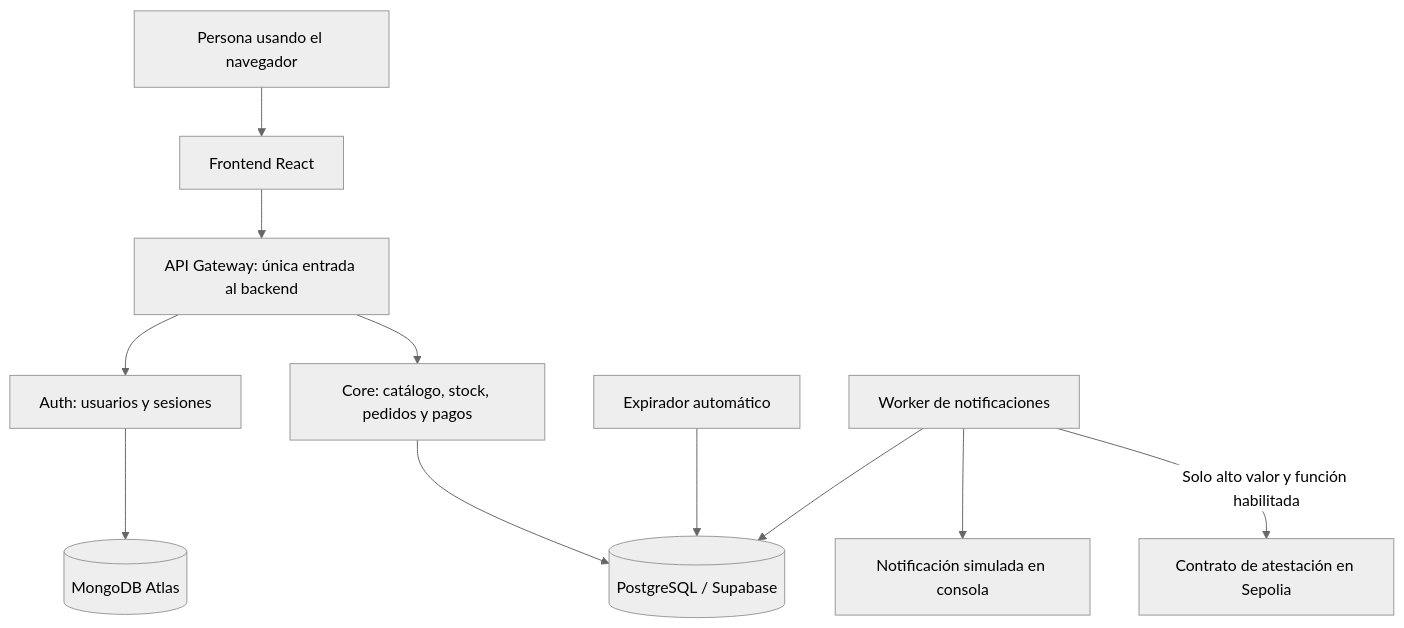
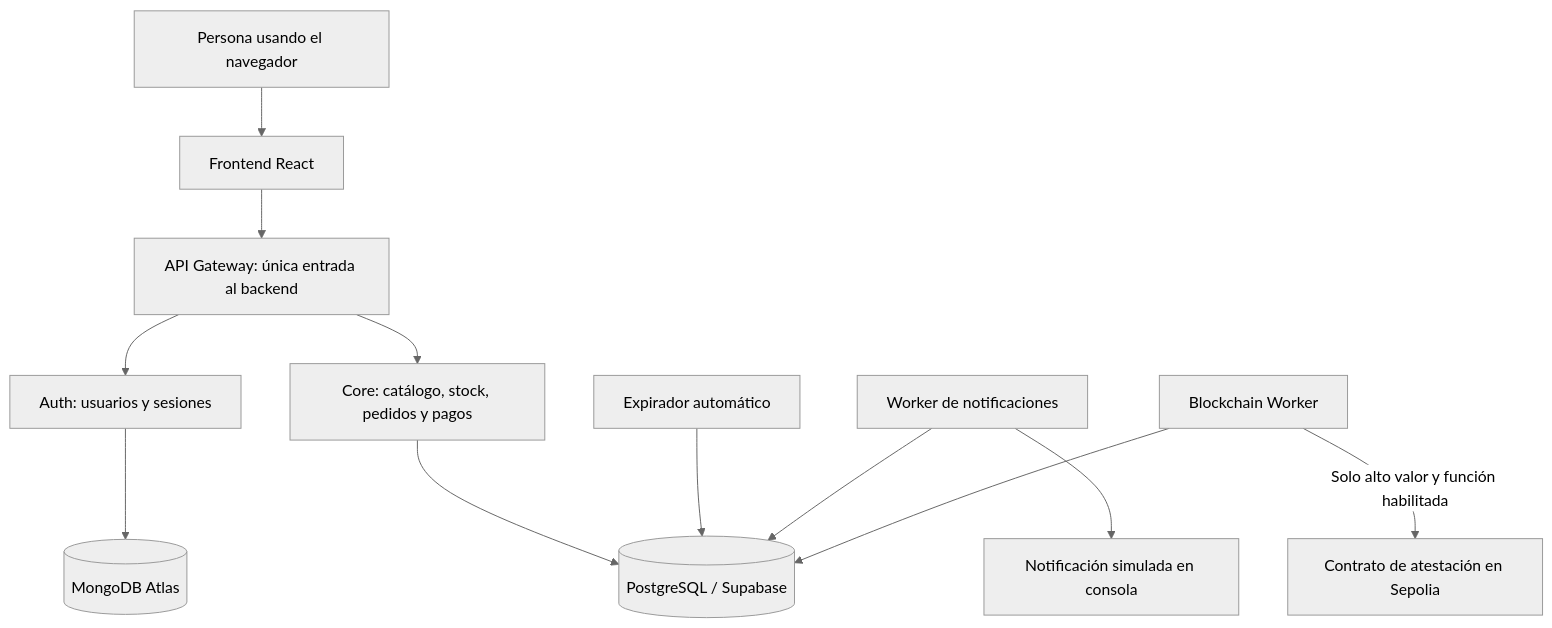
Before and after one commit to julietaruppertc/acordesmayorista: the first of 2 diagrams in README.md, drawn with Mermaid (neutral theme). The commit also changed other lines of this file and 13 other files, not shown here.

Commit message:
fix: aislar worker blockchain y completar configuracion

````diff
--- a/README.md
+++ b/README.md
@@ -23,13 +23,14 @@
 ```mermaid
 flowchart TD
     U[Persona usando el navegador] --> SPA[Frontend React]
     SPA --> GW[API Gateway: única entrada al backend]
     GW --> AUTH[Auth: usuarios y sesiones]
     AUTH --> MONGO[(MongoDB Atlas)]
     GW --> CORE[Core: catálogo, stock, pedidos y pagos]
     CORE --> PG[(PostgreSQL / Supabase)]
     EXP[Expirador automático] --> PG
-    WORK[Worker de notificaciones] --> PG
-    WORK --> LOG[Notificación simulada en consola]
-    WORK -->|Solo alto valor y función habilitada| EVM[Contrato de atestación en Sepolia]
+    OUTBOX[Worker de notificaciones] --> PG
+    OUTBOX --> LOG[Notificación simulada en consola]
+    CHAIN[Blockchain Worker] --> PG
+    CHAIN -->|Solo alto valor y función habilitada| EVM[Contrato de atestación en Sepolia]
 ```
````
